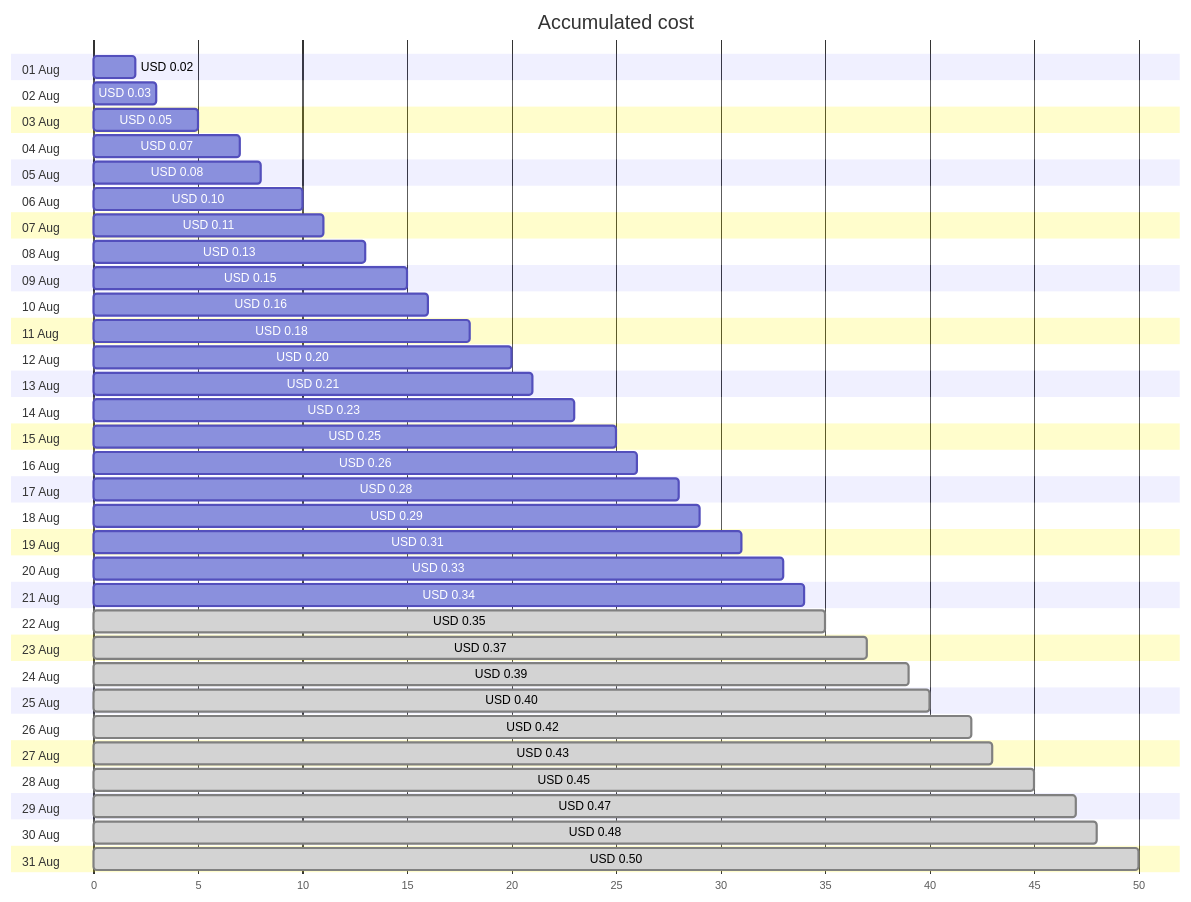
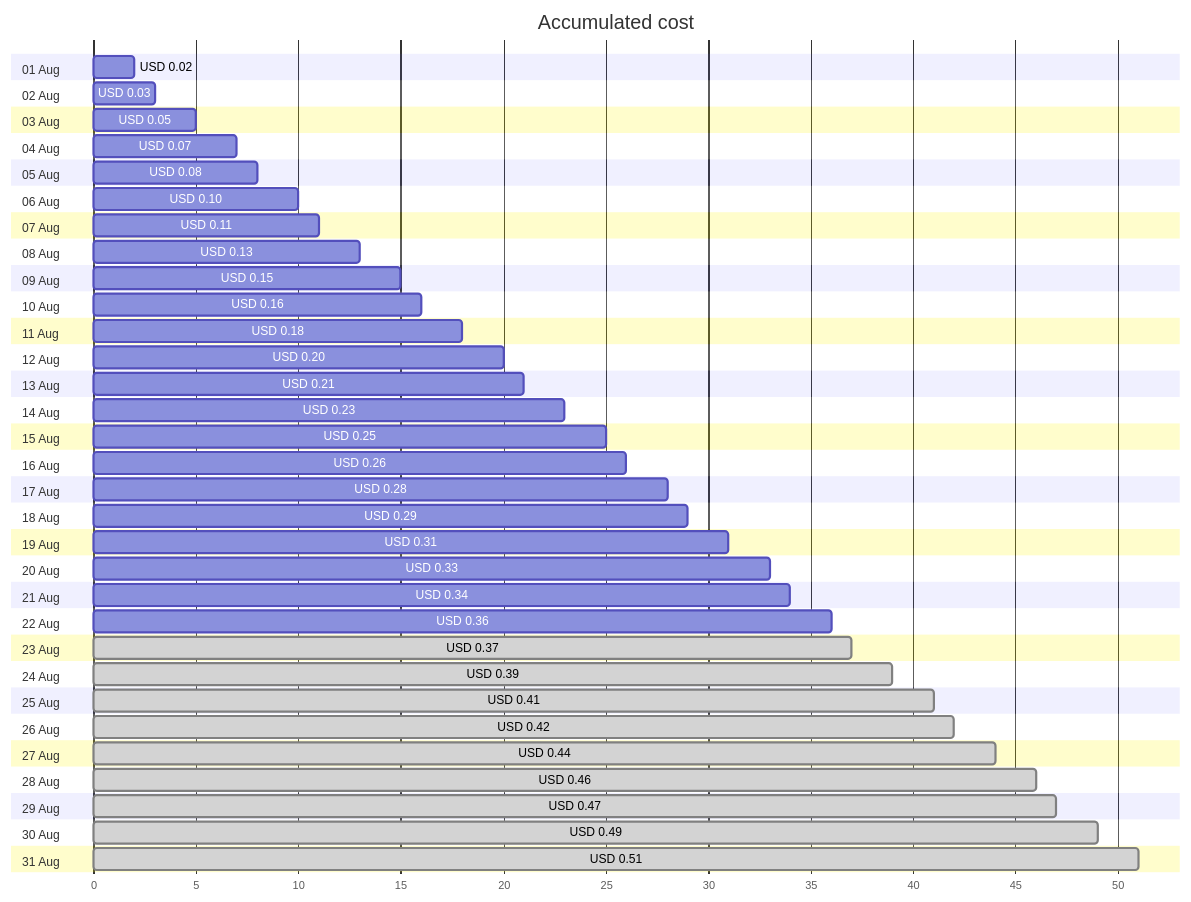
The first of 4 diagrams in cost-reports/personal-dns/jpatrickfulton.com.md (jpfulton/azure-personal-reports), drawn with Mermaid before and after one commit. The commit also changed other lines of this file and 2 other files, not shown here.

````diff
--- a/cost-reports/personal-dns/jpatrickfulton.com.md
+++ b/cost-reports/personal-dns/jpatrickfulton.com.md
@@ -20,68 +20,68 @@
 ```mermaid
 gantt
    title Accumulated cost
    dateFormat  X
    axisFormat %s
    section 01 Aug
    USD 0.02 :0, 2
    section 02 Aug
    USD 0.03 :0, 3
    section 03 Aug
    USD 0.05 :0, 5
    section 04 Aug
    USD 0.07 :0, 7
    section 05 Aug
    USD 0.08 :0, 8
    section 06 Aug
    USD 0.10 :0, 10
    section 07 Aug
    USD 0.11 :0, 11
    section 08 Aug
    USD 0.13 :0, 13
    section 09 Aug
    USD 0.15 :0, 15
    section 10 Aug
    USD 0.16 :0, 16
    section 11 Aug
    USD 0.18 :0, 18
    section 12 Aug
    USD 0.20 :0, 20
    section 13 Aug
    USD 0.21 :0, 21
    section 14 Aug
    USD 0.23 :0, 23
    section 15 Aug
    USD 0.25 :0, 25
    section 16 Aug
    USD 0.26 :0, 26
    section 17 Aug
    USD 0.28 :0, 28
    section 18 Aug
    USD 0.29 :0, 29
    section 19 Aug
    USD 0.31 :0, 31
    section 20 Aug
    USD 0.33 :0, 33
    section 21 Aug
    USD 0.34 :0, 34
    section 22 Aug
-   USD 0.35 : done, 0, 35
+   USD 0.36 :0, 36
    section 23 Aug
    USD 0.37 : done, 0, 37
    section 24 Aug
    USD 0.39 : done, 0, 39
    section 25 Aug
-   USD 0.40 : done, 0, 40
+   USD 0.41 : done, 0, 41
    section 26 Aug
    USD 0.42 : done, 0, 42
    section 27 Aug
-   USD 0.43 : done, 0, 43
+   USD 0.44 : done, 0, 44
    section 28 Aug
-   USD 0.45 : done, 0, 45
+   USD 0.46 : done, 0, 46
    section 29 Aug
    USD 0.47 : done, 0, 47
    section 30 Aug
-   USD 0.48 : done, 0, 48
+   USD 0.49 : done, 0, 49
    section 31 Aug
-   USD 0.50 : done, 0, 50
+   USD 0.51 : done, 0, 51
 ```
````
